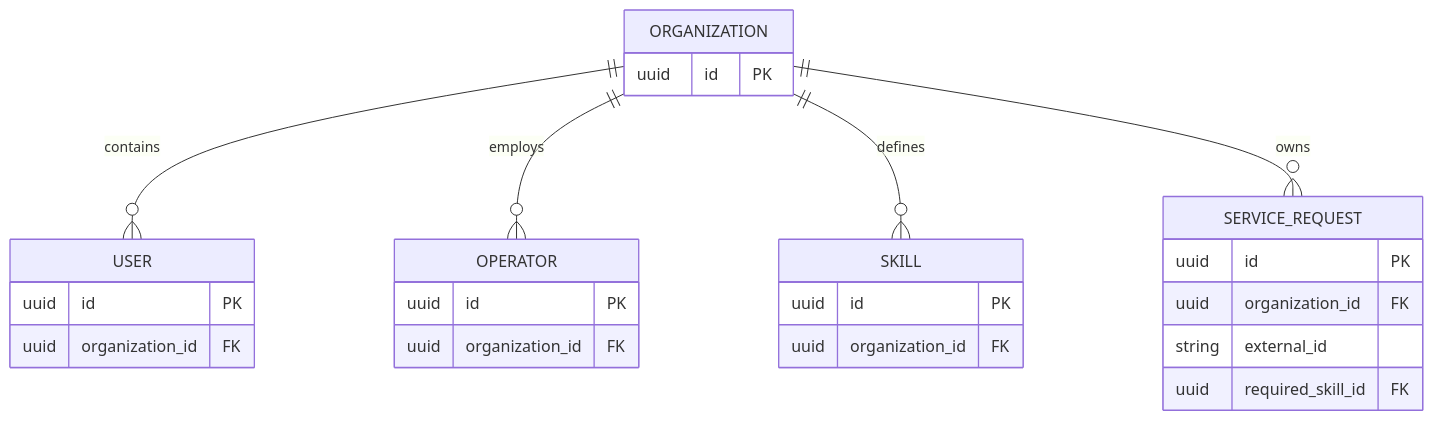
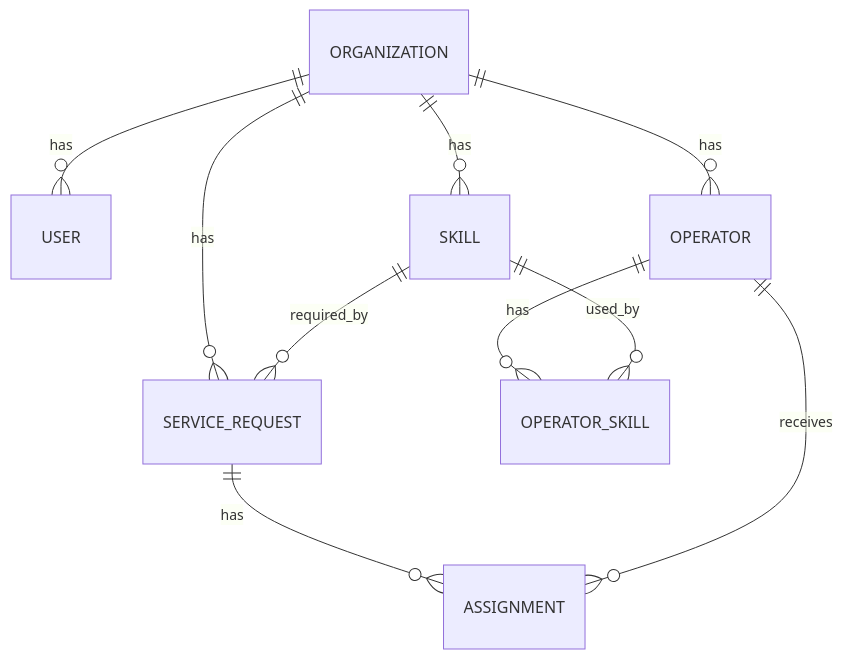
The first of 2 diagrams in docs/core-schema-erd.md (DavidCampolongo/pulseroute), drawn with Mermaid before and after one commit. The commit also changed other lines of this file, not shown here.

Commit message:
docs: updated databse ERD

````diff
--- a/docs/core-schema-erd.md
+++ b/docs/core-schema-erd.md
@@ -37,33 +26,14 @@
 ```mermaid
 erDiagram
-    ORGANIZATION ||--o{ USER : contains
-    ORGANIZATION ||--o{ OPERATOR : employs
-    ORGANIZATION ||--o{ SKILL : defines
-    ORGANIZATION ||--o{ SERVICE_REQUEST : owns
+    ORGANIZATION ||--o{ USER : has
+    ORGANIZATION ||--o{ OPERATOR : has
+    ORGANIZATION ||--o{ SKILL : has
+    ORGANIZATION ||--o{ SERVICE_REQUEST : has
 
-    ORGANIZATION {
-        uuid id PK
-    }
+    OPERATOR ||--o{ OPERATOR_SKILL : has
+    SKILL ||--o{ OPERATOR_SKILL : used_by
 
-    USER {
-        uuid id PK
-        uuid organization_id FK
-    }
-
-    OPERATOR {
-        uuid id PK
-        uuid organization_id FK
-    }
-
-    SKILL {
-        uuid id PK
-        uuid organization_id FK
-    }
-
-    SERVICE_REQUEST {
-        uuid id PK
-        uuid organization_id FK
-        string external_id
-        uuid required_skill_id FK
-    }
+    SKILL ||--o{ SERVICE_REQUEST : required_by
+    SERVICE_REQUEST ||--o{ ASSIGNMENT : has
+    OPERATOR ||--o{ ASSIGNMENT : receives
 ```
````
